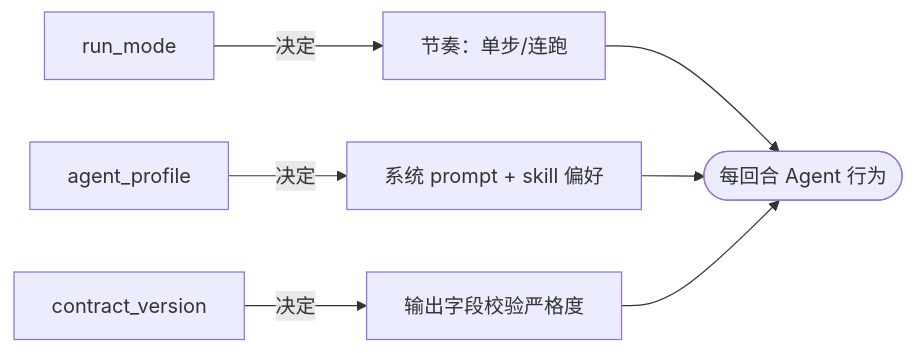
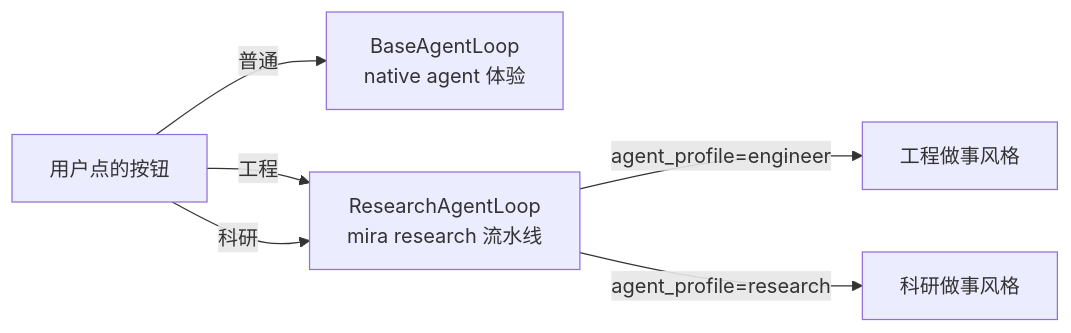
Before and after one commit to MIRA-Intelligence/mira-docs: the diagram in docs/usage/ui/run-mode-and-profile.md, drawn with Mermaid. The commit also changed other lines of this file and 6 other files, not shown here.

````diff
--- a/docs/usage/ui/run-mode-and-profile.md
+++ b/docs/usage/ui/run-mode-and-profile.md
@@ -33,10 +23,8 @@
 ```mermaid
 flowchart LR
-    R[run_mode] -->|决定| Tempo[节奏：单步/连跑]
-    P[agent_profile] -->|决定| Prompt[系统 prompt + skill 偏好]
-    C[contract_version] -->|决定| Validation[输出字段校验严格度]
-
-    Tempo --> Outcome([每回合 Agent 行为])
-    Prompt --> Outcome
-    Validation --> Outcome
+    Click[用户点的按钮] -->|普通| Native[BaseAgentLoop<br/>native agent 体验]
+    Click -->|工程| Mira[ResearchAgentLoop<br/>mira research 流水线]
+    Click -->|科研| Mira
+    Mira -->|agent_profile=engineer| EngProfile[工程做事风格]
+    Mira -->|agent_profile=research| SciProfile[科研做事风格]
 ```
````
